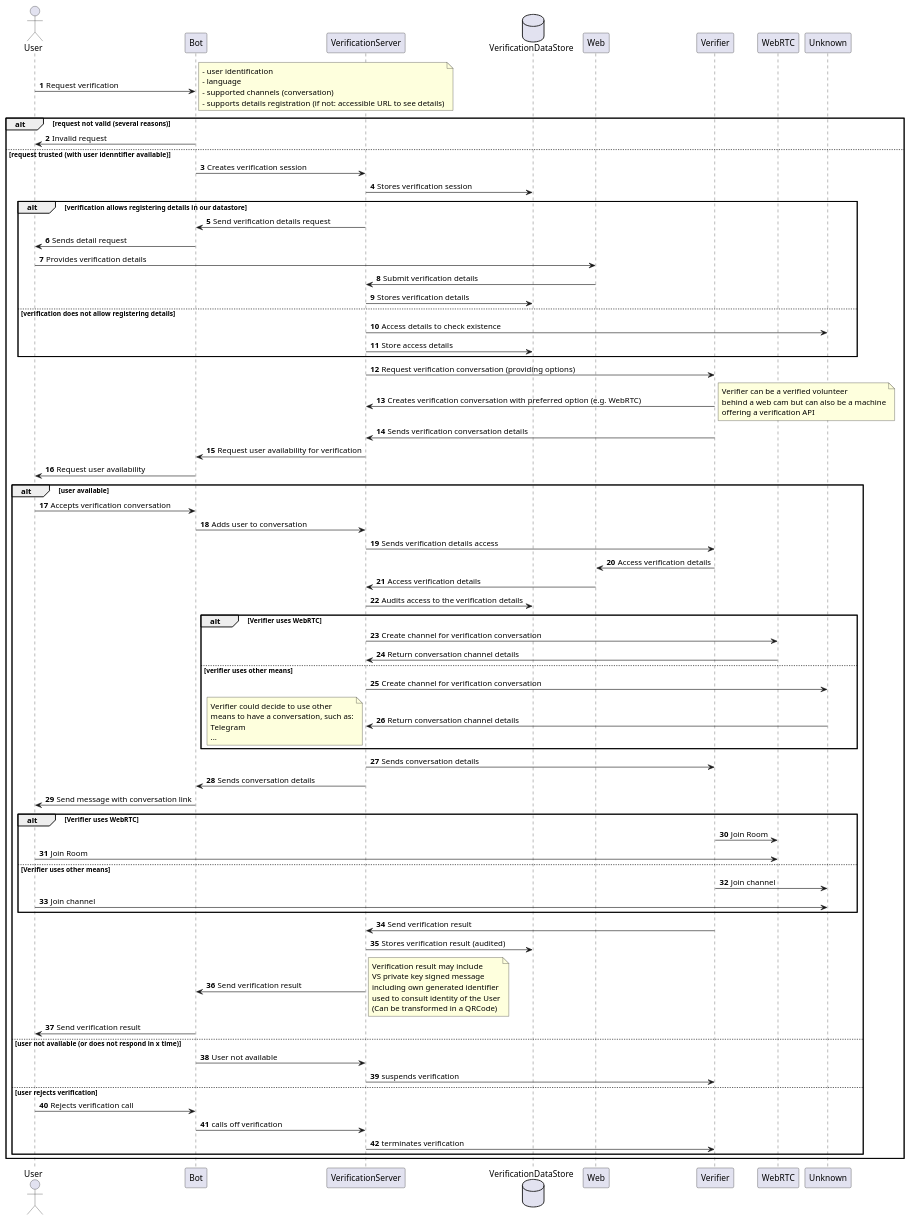
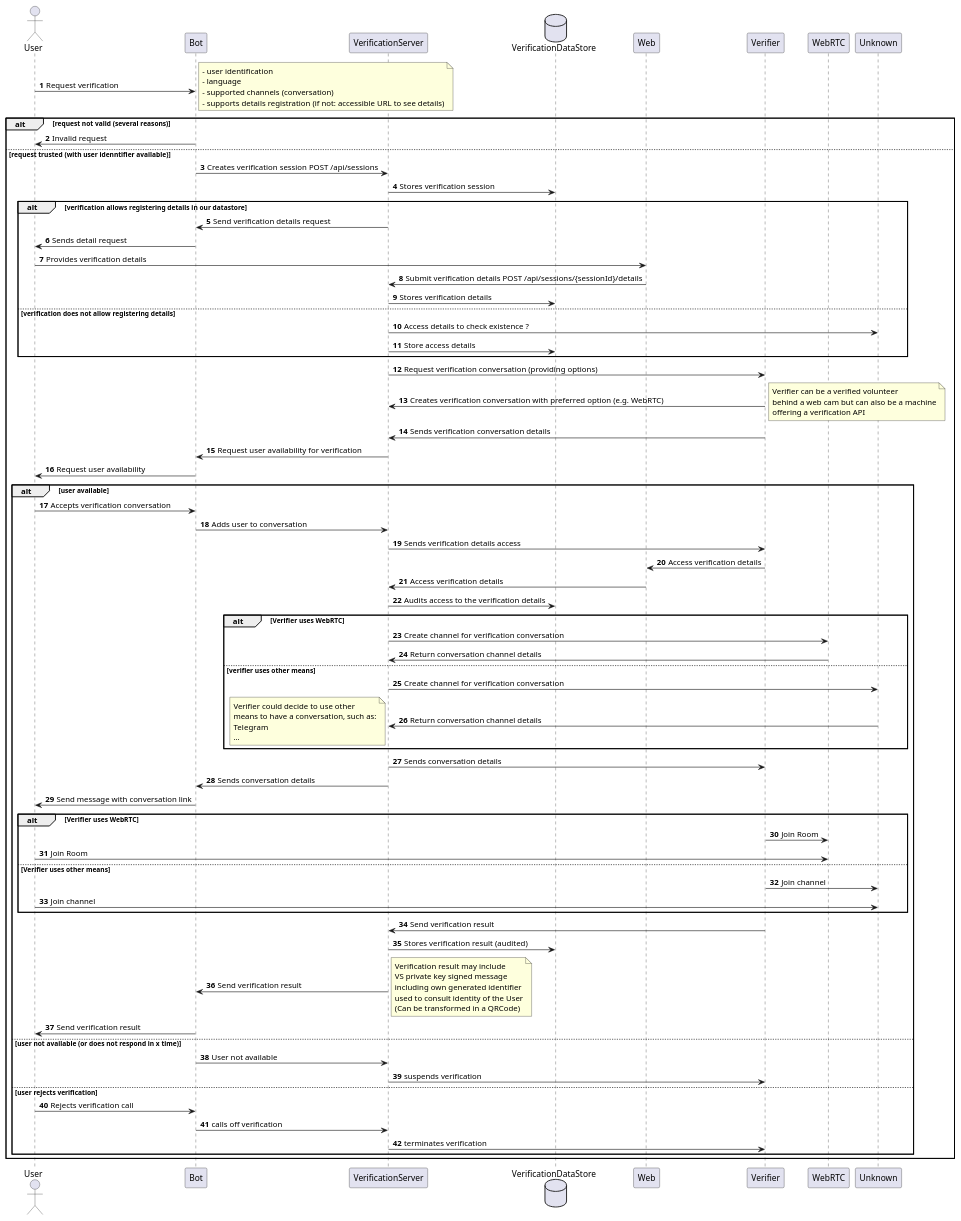
Before and after one commit to etux/verification-server: the diagram in docs/diagrams/sequence_diagram_verificatoin.puml, drawn with PlantUML. The commit also changed 8 other files, not shown here.

```diff
--- a/docs/diagrams/sequence_diagram_verificatoin.puml
+++ b/docs/diagrams/sequence_diagram_verificatoin.puml
@@ -1,98 +1,98 @@
 @startuml
 autonumber
 
 actor User
 
 participant Bot
 
 participant VerificationServer as VS
 database VerificationDataStore as VSDS
 
 participant Web
 participant Verifier
 participant WebRTC
 
 User -> Bot: Request verification
 note right
 - user identification
 - language
 - supported channels (conversation)
 - supports details registration (if not: accessible URL to see details)
 endnote
 alt request not valid (several reasons)
     Bot -> User: Invalid request
 else request trusted (with user idenntifier available)
-    Bot -> VS: Creates verification session
+    Bot -> VS: Creates verification session POST /api/sessions
     VS -> VSDS: Stores verification session
     alt verification allows registering details in our datastore
         VS -> Bot: Send verification details request
         Bot -> User: Sends detail request
         User -> Web: Provides verification details
-        Web -> VS: Submit verification details
+        Web -> VS: Submit verification details POST /api/sessions/{sessionId}/details
         VS -> VSDS: Stores verification details
     else verification does not allow registering details
-        VS -> Unknown: Access details to check existence
+        VS -> Unknown: Access details to check existence ?
         VS -> VSDS: Store access details
     end
     VS -> Verifier: Request verification conversation (providing options)
     Verifier -> VS: Creates verification conversation with preferred option (e.g. WebRTC)
     note right
     Verifier can be a verified volunteer
     behind a web cam but can also be a machine
     offering a verification API
     endnote
     Verifier -> VS: Sends verification conversation details
     VS -> Bot: Request user availability for verification
     Bot -> User: Request user availability
     alt user available
         User -> Bot: Accepts verification conversation
         Bot -> VS: Adds user to conversation
         VS -> Verifier: Sends verification details access
         Verifier -> Web: Access verification details
         Web -> VS: Access verification details
         VS -> VSDS: Audits access to the verification details
         alt Verifier uses WebRTC
             VS -> WebRTC: Create channel for verification conversation
             WebRTC -> VS: Return conversation channel details
         else verifier uses other means
             VS -> Unknown: Create channel for verification conversation
             Unknown -> VS: Return conversation channel details
             note left
             Verifier could decide to use other
             means to have a conversation, such as:
             Telegram
             ...
             endnote
         end
         VS -> Verifier: Sends conversation details
         VS -> Bot: Sends conversation details
         Bot -> User: Send message with conversation link
         alt Verifier uses WebRTC
             Verifier -> WebRTC: Join Room
             User -> WebRTC: Join Room
         else Verifier uses other means
             Verifier -> Unknown: Join channel
             User -> Unknown: Join channel
         end
         Verifier -> VS: Send verification result
         VS -> VSDS: Stores verification result (audited)
         VS -> Bot: Send verification result
         note right
         Verification result may include
         VS private key signed message
         including own generated identifier
         used to consult identity of the User
         (Can be transformed in a QRCode)
         endnote
         Bot -> User: Send verification result
     else user not available (or does not respond in x time)
         Bot -> VS: User not available
         VS -> Verifier: suspends verification
     else user rejects verification
         User -> Bot: Rejects verification call
         Bot -> VS: calls off verification
         VS -> Verifier: terminates verification
     end
 end
 
 @enduml
```
